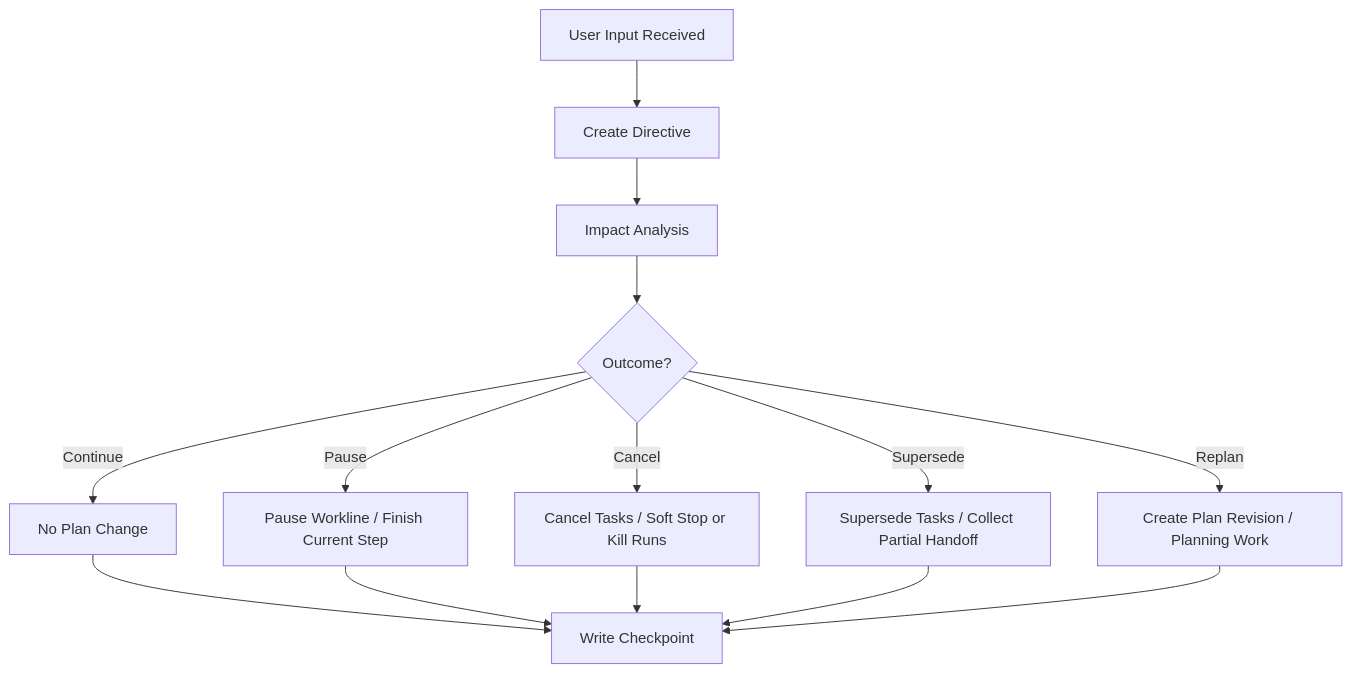
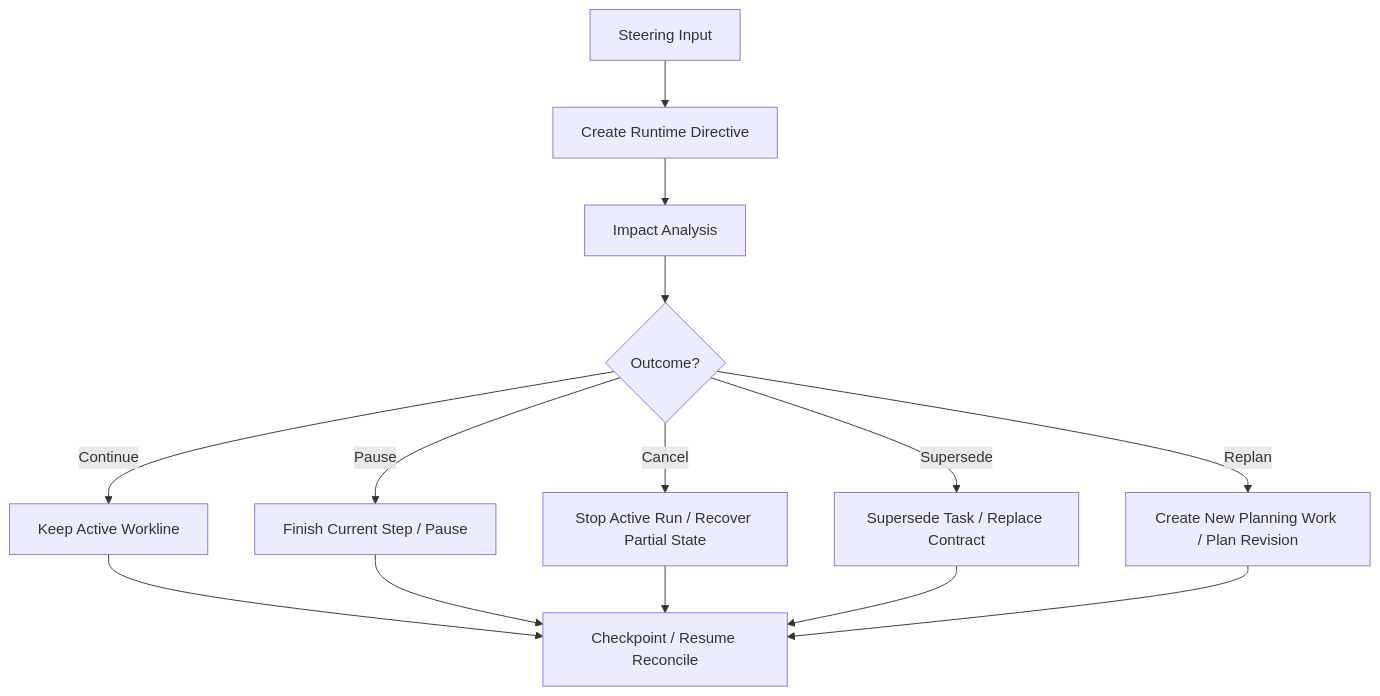
The diagram in docs/07-reliability/07-Runtime-Directive-Handling.md (leeson1/Hive-Design), drawn with Mermaid before and after one commit. The commit also changed other lines of this file and 31 other files, not shown here.

````diff
--- a/docs/07-reliability/07-Runtime-Directive-Handling.md
+++ b/docs/07-reliability/07-Runtime-Directive-Handling.md
@@ -57,16 +82,16 @@
 ```mermaid
 flowchart TD
-    A["User Input Received"] --> B["Create Directive"]
+    A["Steering Input"] --> B["Create Runtime Directive"]
     B --> C["Impact Analysis"]
     C --> D{"Outcome?"}
-    D -- Continue --> E["No Plan Change"]
-    D -- Pause --> F["Pause Workline / Finish Current Step"]
-    D -- Cancel --> G["Cancel Tasks / Soft Stop or Kill Runs"]
-    D -- Supersede --> H["Supersede Tasks / Collect Partial Handoff"]
-    D -- Replan --> I["Create Plan Revision / Planning Work"]
-    E --> J["Write Checkpoint"]
+    D -- Continue --> E["Keep Active Workline"]
+    D -- Pause --> F["Finish Current Step / Pause"]
+    D -- Cancel --> G["Stop Active Run / Recover Partial State"]
+    D -- Supersede --> H["Supersede Task / Replace Contract"]
+    D -- Replan --> I["Create New Planning Work / Plan Revision"]
+    E --> J["Checkpoint / Resume Reconcile"]
     F --> J
     G --> J
     H --> J
     I --> J
 ```
````
